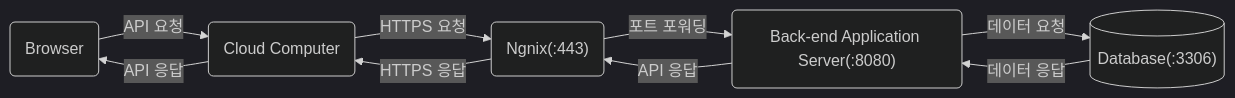
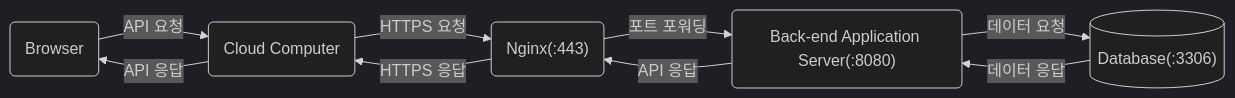
The second of 2 diagrams in public/markdown/browser_note/index.md (RHUK2/blog), drawn with Mermaid (dark theme) before and after one commit. The commit also changed other lines of this file and 60 other files, not shown here.

````diff
--- a/public/markdown/browser_note/index.md
+++ b/public/markdown/browser_note/index.md
@@ -50,10 +56,10 @@
 ```mermaid
 flowchart LR
     A("Browser")
     B("Cloud Computer")
-    C("Ngnix(:443)")
+    C("Nginx(:443)")
     D("Back-end Application Server(:8080)")
     E[("Database(:3306)")]
     A --> |API 요청| B --> |HTTPS 요청| C --> |포트 포워딩| D --> |데이터 요청| E
     E --> |데이터 응답| D --> |API 응답| C --> |HTTPS 응답| B --> |API 응답| A
 ```
````
